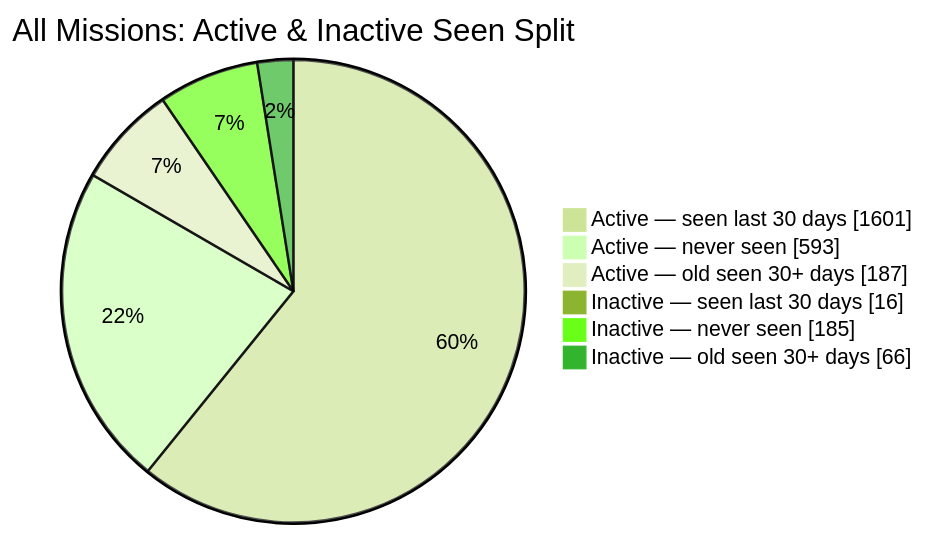
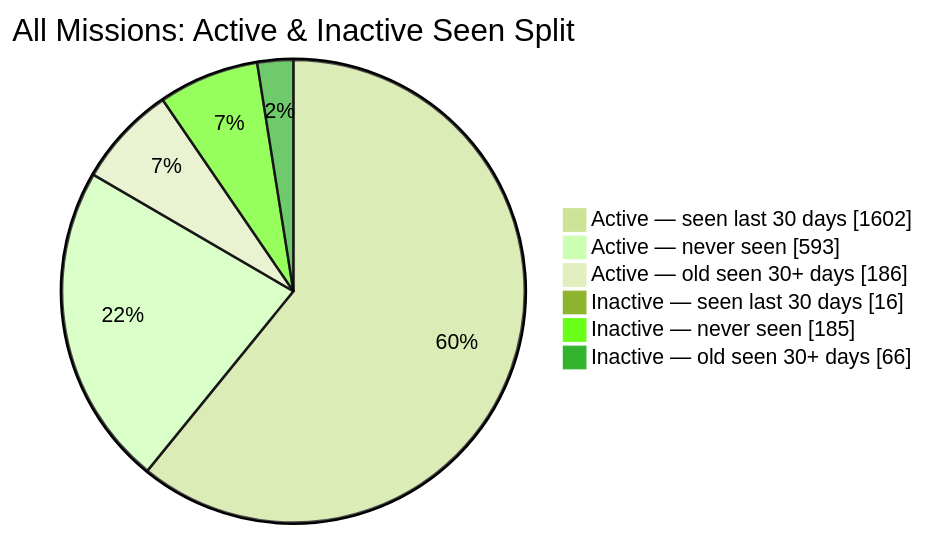
The second of 2 diagrams in README.md (MeldkamerspelGameTeam/active-missions), drawn with Mermaid (forest theme) before and after one commit. The commit also changed other lines of this file and 8 other files, not shown here.

````diff
--- a/README.md
+++ b/README.md
@@ -44,10 +44,10 @@
 ```mermaid
 pie showData
     title All Missions: Active & Inactive Seen Split
-    "Active — seen last 30 days" : 1601
+    "Active — seen last 30 days" : 1602
     "Active — never seen" : 593
-    "Active — old seen 30+ days" : 187
+    "Active — old seen 30+ days" : 186
     "Inactive — seen last 30 days" : 16
     "Inactive — never seen" : 185
     "Inactive — old seen 30+ days" : 66
 ```
````
